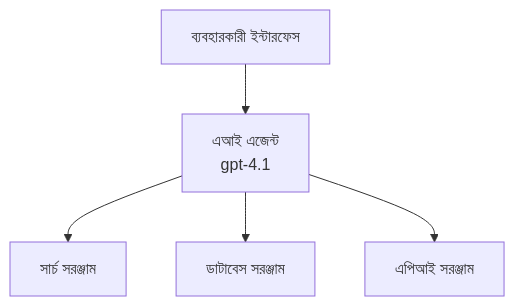
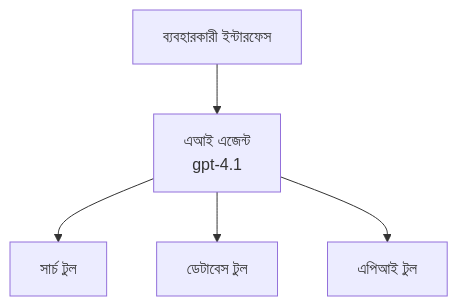
One commit to microsoft/AZD-for-beginners changed the first of 3 diagrams in translations/bn/docs/chapter-02-ai-development/agents.md. Above: the diagram before and after it, drawn with Mermaid. The commit also changed other lines of this file and 104 other files, not shown here.

````diff
--- a/translations/bn/docs/chapter-02-ai-development/agents.md
+++ b/translations/bn/docs/chapter-02-ai-development/agents.md
@@ -157,7 +162,7 @@
 ```mermaid
 graph TD
     UI[ব্যবহারকারী ইন্টারফেস] --> Agent[এআই এজেন্ট<br/>gpt-4.1]
-    Agent --> Search[সার্চ সরঞ্জাম]
-    Agent --> Database[ডাটাবেস সরঞ্জাম]
-    Agent --> API[এপিআই সরঞ্জাম]
+    Agent --> Search[সার্চ টুল]
+    Agent --> Database[ডেটাবেস টুল]
+    Agent --> API[এপিআই টুল]
 ```
````
